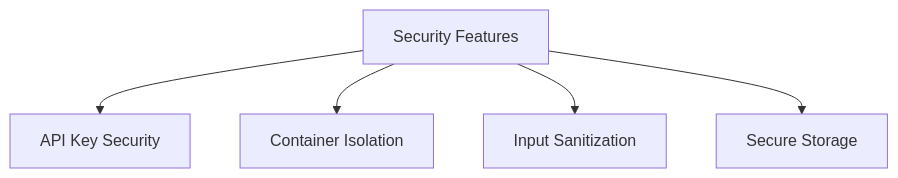
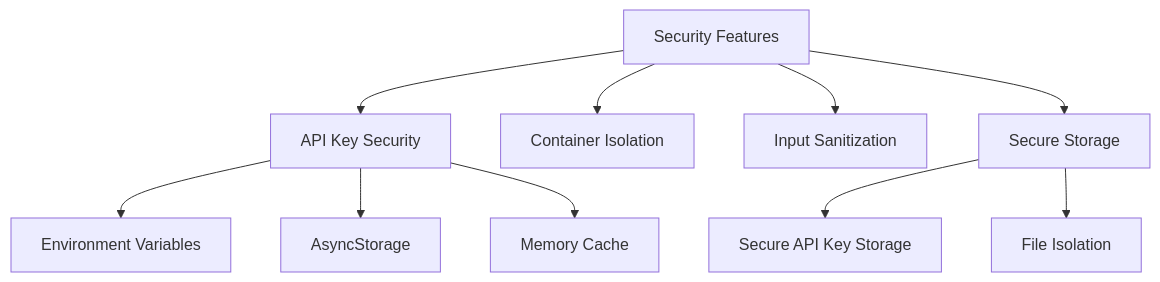
One commit to radicalkjax/Athena changed the seventh of 7 diagrams in README.md. Above: the diagram before and after it, drawn with Mermaid. The commit also changed other lines of this file and 17 other files, not shown here.

Commit message:
Changed API Key handling to use axios. Changed to storing API Key's in .env files for more secure storage.

````diff
--- a/README.md
+++ b/README.md
@@ -201,7 +208,14 @@
 ```mermaid
 flowchart TD
     A[Security Features] --> B[API Key Security]
     A --> C[Container Isolation]
     A --> D[Input Sanitization]
     A --> E[Secure Storage]
+    
+    B --> B1[Environment Variables]
+    B --> B2[AsyncStorage]
+    B --> B3[Memory Cache]
+    
+    E --> E1[Secure API Key Storage]
+    E --> E2[File Isolation]
 ```
````
